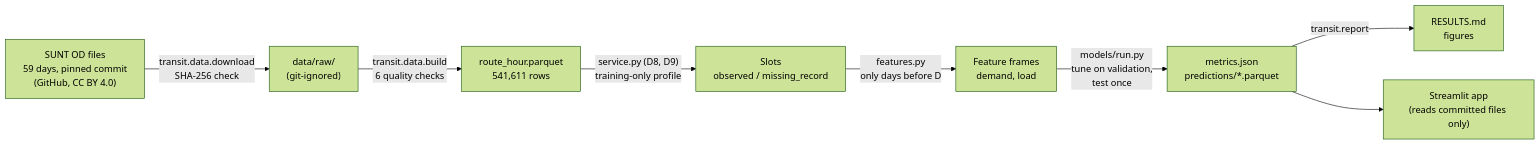
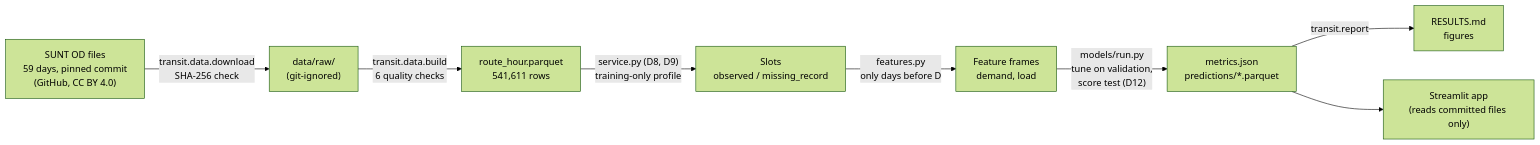
One commit to jayvaghela779/cs3011-public-transport-demand-occupancy changed the diagram in docs/ARCHITECTURE.md. Above: the diagram before and after it, drawn with Mermaid (forest theme). The commit also changed other lines of this file and 2 other files, not shown here.

````diff
--- a/docs/ARCHITECTURE.md
+++ b/docs/ARCHITECTURE.md
@@ -5,10 +5,10 @@
 ```mermaid
 flowchart LR
     A["SUNT OD files<br/>59 days, pinned commit<br/>(GitHub, CC BY 4.0)"] -->|"transit.data.download<br/>SHA-256 check"| B["data/raw/<br/>(git-ignored)"]
     B -->|"transit.data.build<br/>6 quality checks"| C["route_hour.parquet<br/>541,611 rows"]
     C -->|"service.py (D8, D9)<br/>training-only profile"| D["Slots<br/>observed / missing_record"]
     D -->|"features.py<br/>only days before D"| E["Feature frames<br/>demand, load"]
-    E -->|"models/run.py<br/>tune on validation,<br/>test once"| F["metrics.json<br/>predictions/*.parquet"]
+    E -->|"models/run.py<br/>tune on validation,<br/>score test (D12)"| F["metrics.json<br/>predictions/*.parquet"]
     F -->|"transit.report"| G["RESULTS.md<br/>figures"]
     F --> H["Streamlit app<br/>(reads committed files only)"]
 ```
````
